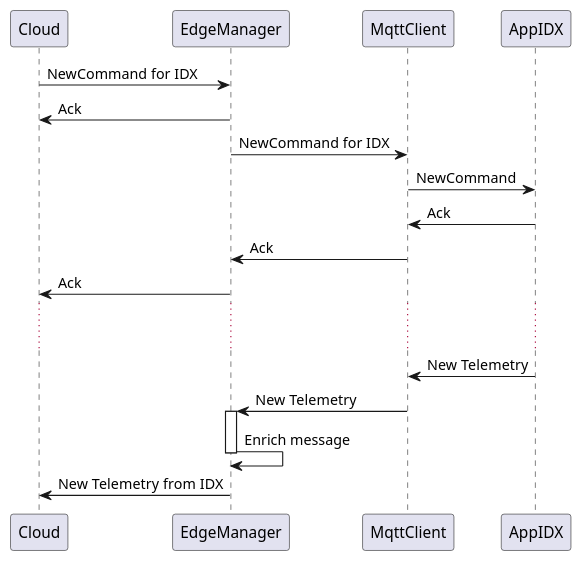
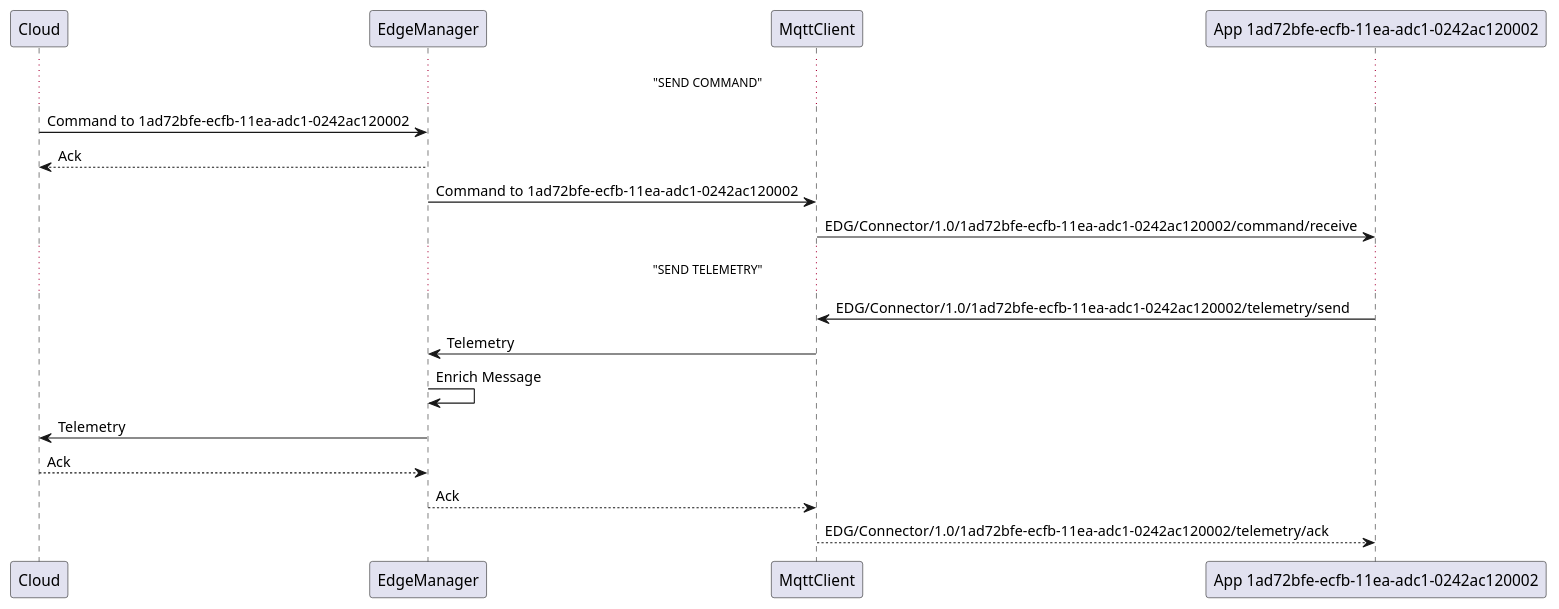
The diagram in EdgeManager/InternalCommandRouting.puml (se-edge/framework-diagrams), drawn with PlantUML before and after one commit.

Commit message:
Update InternalCommandRouting.puml
Try to update adr for telemetry and command routing

```diff
--- a/EdgeManager/InternalCommandRouting.puml
+++ b/EdgeManager/InternalCommandRouting.puml
@@ -1,20 +1,21 @@
 @startuml
 
-Cloud -> EdgeManager: NewCommand for IDX
-Cloud <- EdgeManager: Ack
-EdgeManager -> MqttClient: NewCommand for IDX
-MqttClient -> AppIDX: NewCommand
-MqttClient <- AppIDX: Ack
-MqttClient -> EdgeManager: Ack
-EdgeManager -> Cloud: Ack
+... "SEND COMMAND" ...
 
-... ...
+Cloud -> EdgeManager: Command to 1ad72bfe-ecfb-11ea-adc1-0242ac120002
+Cloud <-- EdgeManager: Ack
+EdgeManager -> MqttClient: Command to 1ad72bfe-ecfb-11ea-adc1-0242ac120002
+MqttClient -> "App 1ad72bfe-ecfb-11ea-adc1-0242ac120002":    EDG/Connector/1.0/1ad72bfe-ecfb-11ea-adc1-0242ac120002/command/receive
 
-MqttClient <- AppIDX: New Telemetry
-MqttClient -> EdgeManager: New Telemetry
-activate EdgeManager
-EdgeManager -> EdgeManager: Enrich message
-deactivate EdgeManager
-EdgeManager -> Cloud: New Telemetry from IDX
+... "SEND TELEMETRY" ...
+
+MqttClient <- "App 1ad72bfe-ecfb-11ea-adc1-0242ac120002": EDG/Connector/1.0/1ad72bfe-ecfb-11ea-adc1-0242ac120002/telemetry/send
+MqttClient -> EdgeManager: Telemetry
+EdgeManager -> EdgeManager: Enrich Message
+EdgeManager -> Cloud: Telemetry
+
+Cloud --> EdgeManager: Ack
+EdgeManager --> MqttClient: Ack
+"App 1ad72bfe-ecfb-11ea-adc1-0242ac120002" <-- MqttClient: EDG/Connector/1.0/1ad72bfe-ecfb-11ea-adc1-0242ac120002/telemetry/ack
 
 @enduml
```
